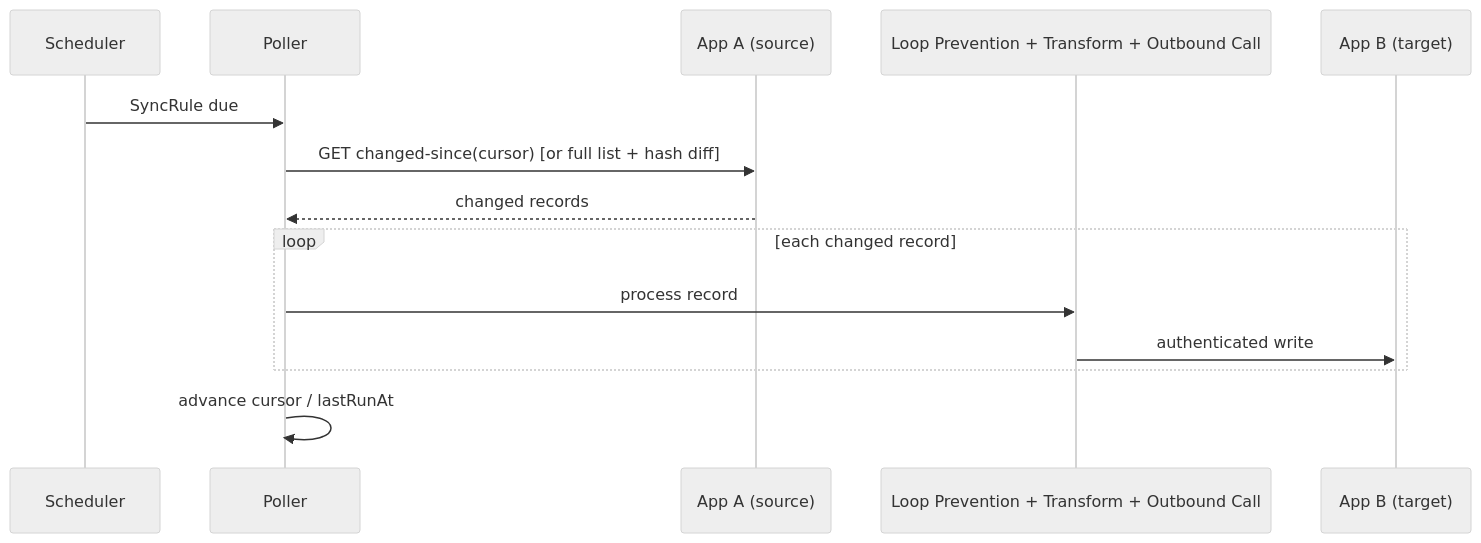
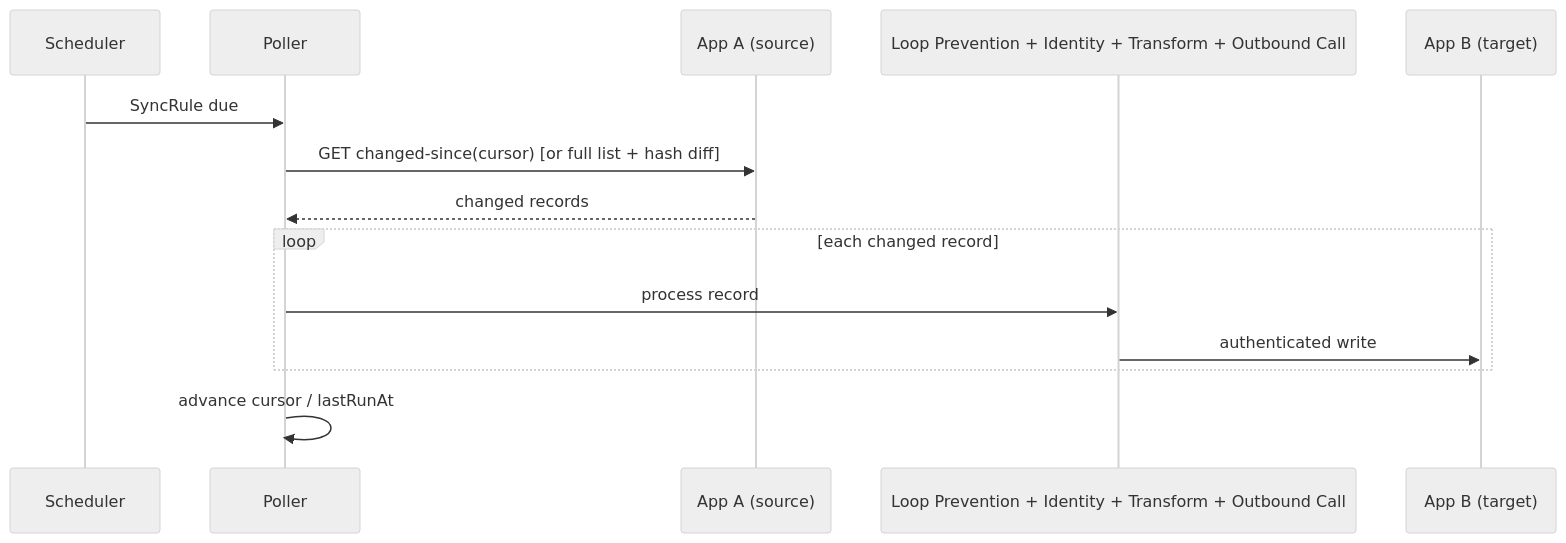
Before and after one commit to geprog/api-mediator: the diagram in docs/flows/sync-polling-pull.md, drawn with Mermaid (neutral theme). The commit also changed other lines of this file and 11 other files, not shown here.

````diff
--- a/docs/flows/sync-polling-pull.md
+++ b/docs/flows/sync-polling-pull.md
@@ -14,17 +14,17 @@
 ```mermaid
 sequenceDiagram
     participant Sched as Scheduler
     participant Poll as Poller
     participant AppA as App A (source)
-    participant Pipe as Loop Prevention + Transform + Outbound Call
+    participant Pipe as Loop Prevention + Identity + Transform + Outbound Call
     participant AppB as App B (target)
 
     Sched->>Poll: SyncRule due
     Poll->>AppA: GET changed-since(cursor) [or full list + hash diff]
     AppA-->>Poll: changed records
     loop each changed record
         Poll->>Pipe: process record
         Pipe->>AppB: authenticated write
     end
     Poll->>Poll: advance cursor / lastRunAt
 ```
````
